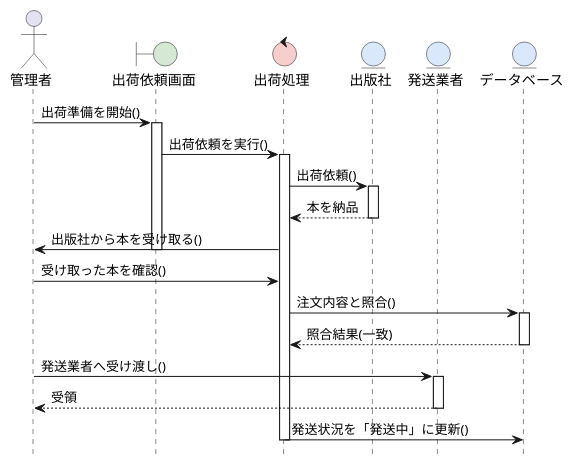
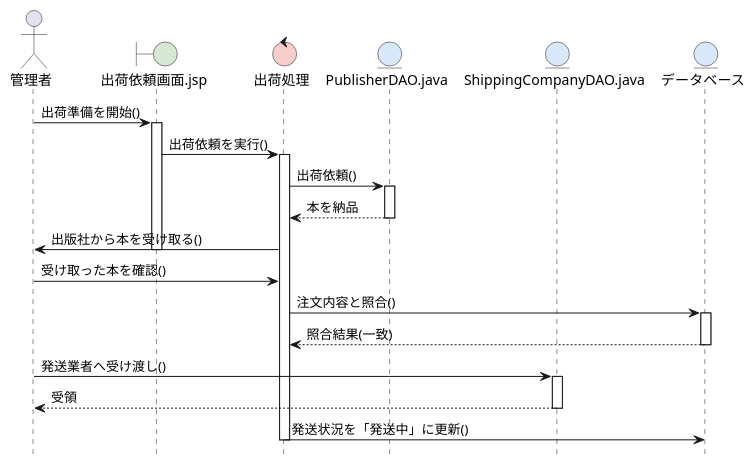
Before and after one commit to ghbuser12/ohara_uml: the diagram in BBshop/sequence_13_syukka.pu, drawn with PlantUML.

```diff
--- a/BBshop/sequence_13_syukka.pu
+++ b/BBshop/sequence_13_syukka.pu
@@ -1,43 +1,44 @@
 @startuml 出荷準備シーケンス図
 hide footbox
 skinparam boundaryBackgroundColor #D5E8D4
 skinparam controlBackgroundColor  #F8CECC
 skinparam entityBackgroundColor   #DAE8FC
 
 actor 管理者 as Admin
-boundary 出荷依頼画面 as B1
+boundary 出荷依頼画面.jsp as B1
 control 出荷処理 as C1
-entity 出版社 as Pub
-entity 発送業者 as Ship
+entity PublisherDAO.java as Pub
+entity ShippingCompanyDAO.java as Ship
 entity データベース as DB
+
 
 ' 基本フロー
 Admin -> B1: 出荷準備を開始()
 activate B1
 
 B1 -> C1: 出荷依頼を実行()
 activate C1
 
 C1 -> Pub: 出荷依頼()
 activate Pub
 Pub --> C1: 本を納品
 deactivate Pub
 
 C1 -> Admin: 出版社から本を受け取る()
 deactivate B1
 
 Admin -> C1: 受け取った本を確認()
 C1 -> DB: 注文内容と照合()
 activate DB
 DB --> C1: 照合結果(一致)
 deactivate DB
 
 Admin -> Ship: 発送業者へ受け渡し()
 activate Ship
 Ship --> Admin: 受領
 deactivate Ship
 
 C1 -> DB: 発送状況を「発送中」に更新()
 deactivate C1
 
 @enduml
```
